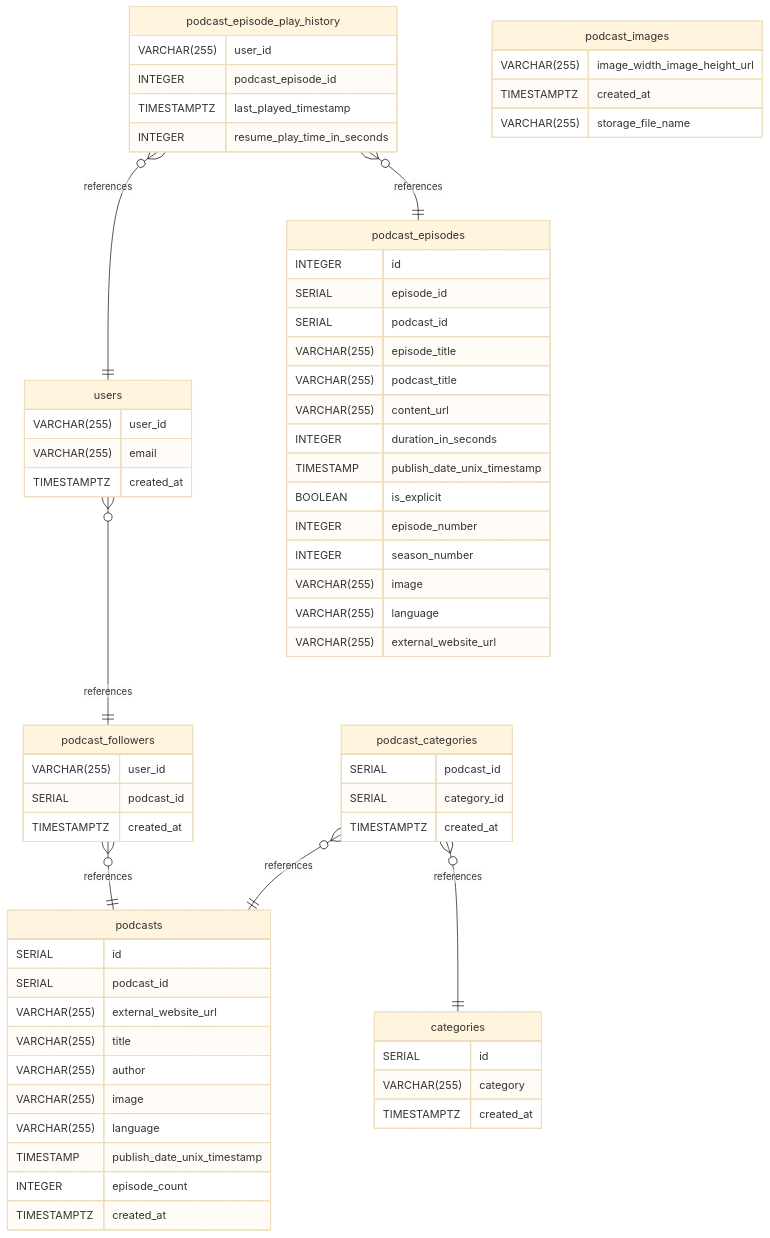
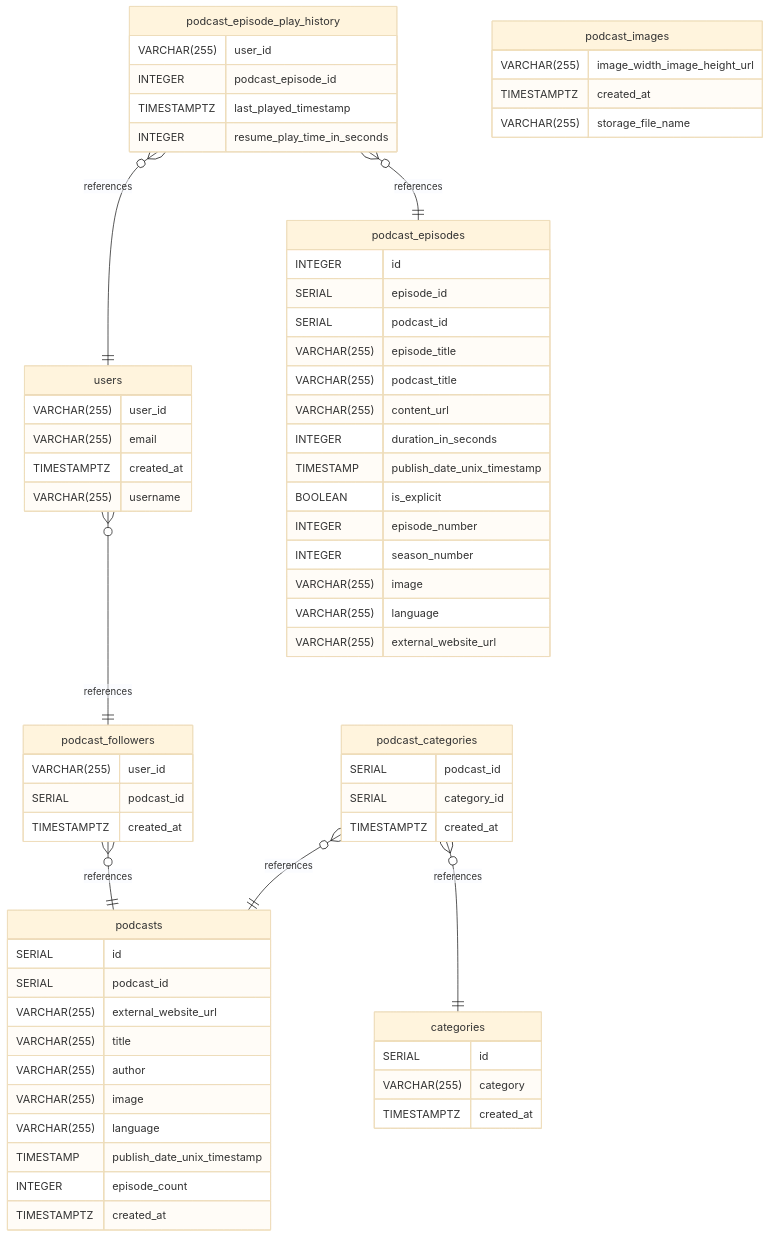
The diagram in ER_diagram.md (JeremyLoh/xtal), drawn with Mermaid (base theme) before and after one commit. The commit also changed other lines of this file and 2 other files, not shown here.

Commit message:
feat: update supabase types and drawdb backend diagrams

````diff
--- a/ER_diagram.md
+++ b/ER_diagram.md
@@ -124,76 +125,77 @@
 ```mermaid
 erDiagram
 	podcast_episode_play_history }o--|| users : references
 	podcast_episode_play_history }o--|| podcast_episodes : references
 	users }o--|| podcast_followers : references
 	podcast_categories }o--|| categories : references
 	podcast_followers }o--|| podcasts : references
 	podcast_categories }o--|| podcasts : references
 
 	podcast_images {
 		VARCHAR(255) image_width_image_height_url
 		TIMESTAMPTZ created_at
 		VARCHAR(255) storage_file_name
 	}
 
 	users {
 		VARCHAR(255) user_id
 		VARCHAR(255) email
 		TIMESTAMPTZ created_at
+		VARCHAR(255) username
 	}
 
 	podcast_episodes {
 		INTEGER id
 		SERIAL episode_id
 		SERIAL podcast_id
 		VARCHAR(255) episode_title
 		VARCHAR(255) podcast_title
 		VARCHAR(255) content_url
 		INTEGER duration_in_seconds
 		TIMESTAMP publish_date_unix_timestamp
 		BOOLEAN is_explicit
 		INTEGER episode_number
 		INTEGER season_number
 		VARCHAR(255) image
 		VARCHAR(255) language
 		VARCHAR(255) external_website_url
 	}
 
 	podcast_episode_play_history {
 		VARCHAR(255) user_id
 		INTEGER podcast_episode_id
 		TIMESTAMPTZ last_played_timestamp
 		INTEGER resume_play_time_in_seconds
 	}
 
 	podcasts {
 		SERIAL id
 		SERIAL podcast_id
 		VARCHAR(255) external_website_url
 		VARCHAR(255) title
 		VARCHAR(255) author
 		VARCHAR(255) image
 		VARCHAR(255) language
 		TIMESTAMP publish_date_unix_timestamp
 		INTEGER episode_count
 		TIMESTAMPTZ created_at
 	}
 
 	podcast_categories {
 		SERIAL podcast_id
 		SERIAL category_id
 		TIMESTAMPTZ created_at
 	}
 
 	podcast_followers {
 		VARCHAR(255) user_id
 		SERIAL podcast_id
 		TIMESTAMPTZ created_at
 	}
 
 	categories {
 		SERIAL id
 		VARCHAR(255) category
 		TIMESTAMPTZ created_at
 	}
 ```
````
